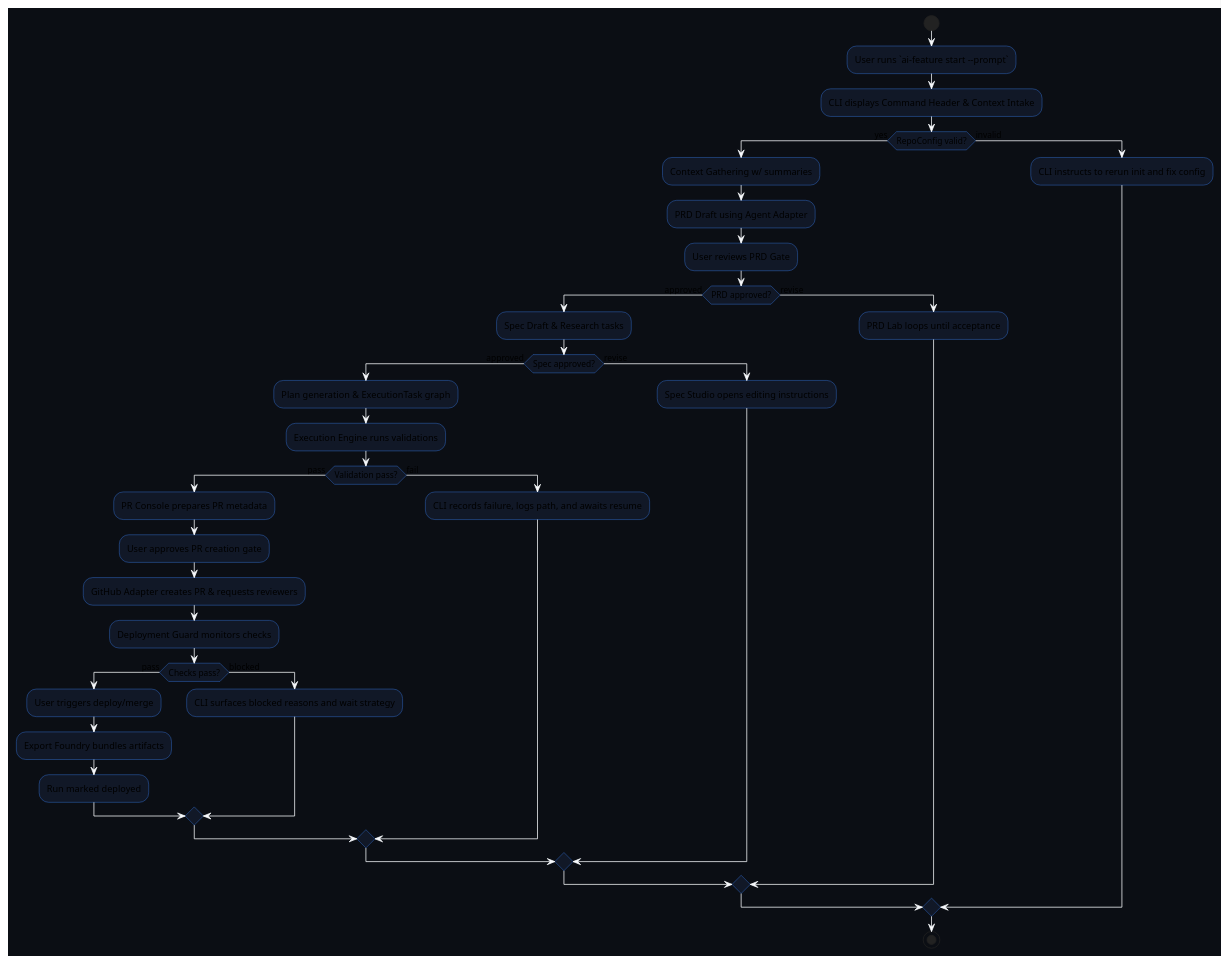
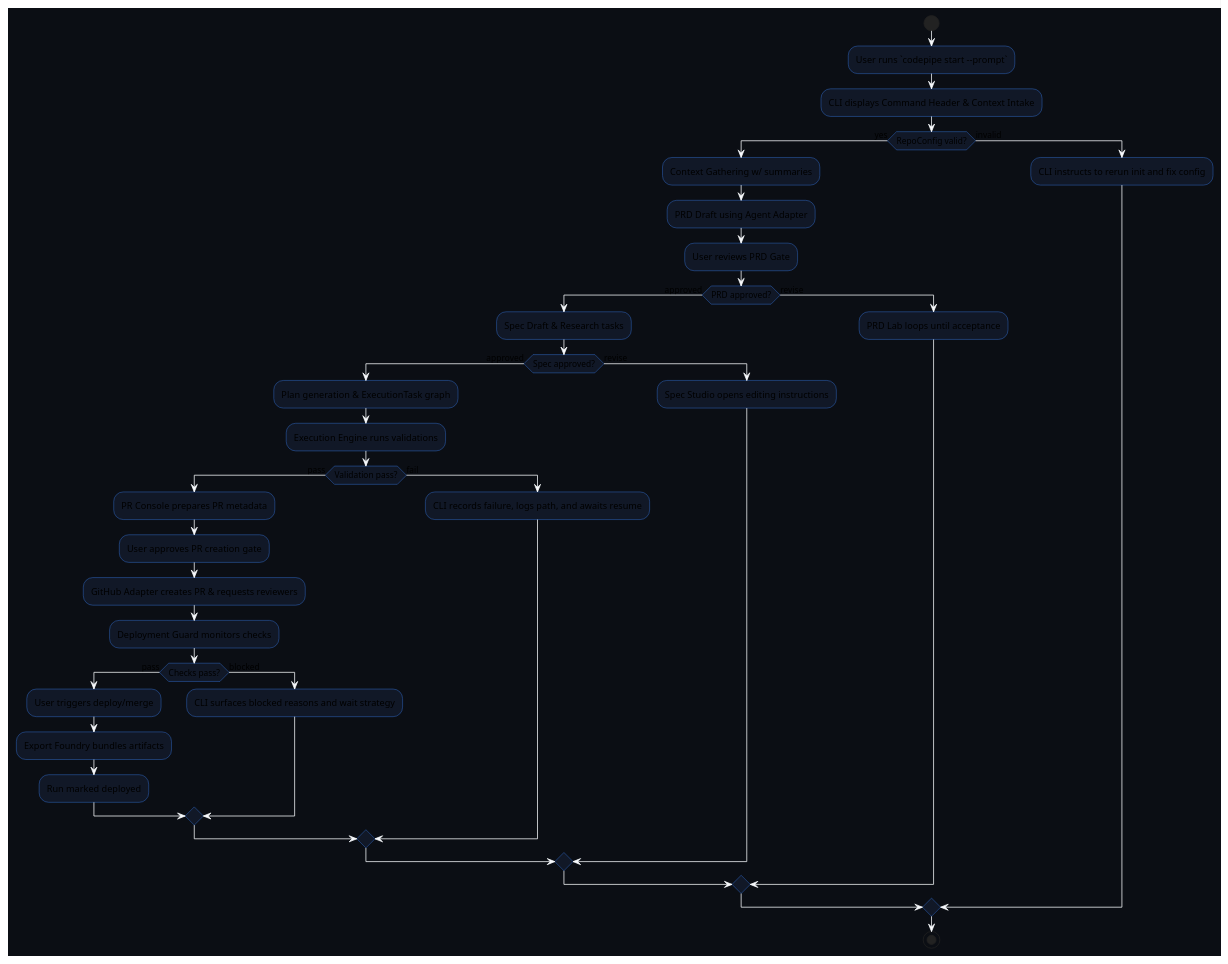
One commit to KingInYellows/codemachine-pipeline changed the second of 2 diagrams in .codemachine/artifacts/architecture/06_UI_UX_Architecture.md. Above: the diagram before and after it, drawn with PlantUML. The commit also changed other lines of this file and 100 other files, not shown here.

```diff
--- a/.codemachine/artifacts/architecture/06_UI_UX_Architecture.md
+++ b/.codemachine/artifacts/architecture/06_UI_UX_Architecture.md
@@ -845,48 +845,48 @@
 ~~~plantuml
 @startuml
 skinparam backgroundColor #0b0e14
 skinparam defaultFontName "JetBrains Mono"
 skinparam activityBackgroundColor #111827
 skinparam activityBorderColor #3B82F6
 skinparam activityArrowColor #F8FAFD
 skinparam noteBackgroundColor #0F172A
 skinparam noteBorderColor #38BDF8
 start
-:User runs `ai-feature start --prompt`;
+:User runs `codepipe start --prompt`;
 :CLI displays Command Header & Context Intake;
 if (RepoConfig valid?) then (yes)
   :Context Gathering w/ summaries;
   :PRD Draft using Agent Adapter;
   :User reviews PRD Gate;
   if (PRD approved?) then (approved)
     :Spec Draft & Research tasks;
     if (Spec approved?) then (approved)
       :Plan generation & ExecutionTask graph;
       :Execution Engine runs validations;
       if (Validation pass?) then (pass)
         :PR Console prepares PR metadata;
         :User approves PR creation gate;
         :GitHub Adapter creates PR & requests reviewers;
         :Deployment Guard monitors checks;
         if (Checks pass?) then (pass)
           :User triggers deploy/merge;
           :Export Foundry bundles artifacts;
           :Run marked deployed;
         else (blocked)
           :CLI surfaces blocked reasons and wait strategy;
         endif
       else (fail)
         :CLI records failure, logs path, and awaits resume;
       endif
     else (revise)
       :Spec Studio opens editing instructions;
     endif
   else (revise)
     :PRD Lab loops until acceptance;
   endif
 else (invalid)
   :CLI instructs to rerun init and fix config;
 endif
 stop
 @enduml
 ~~~
```
